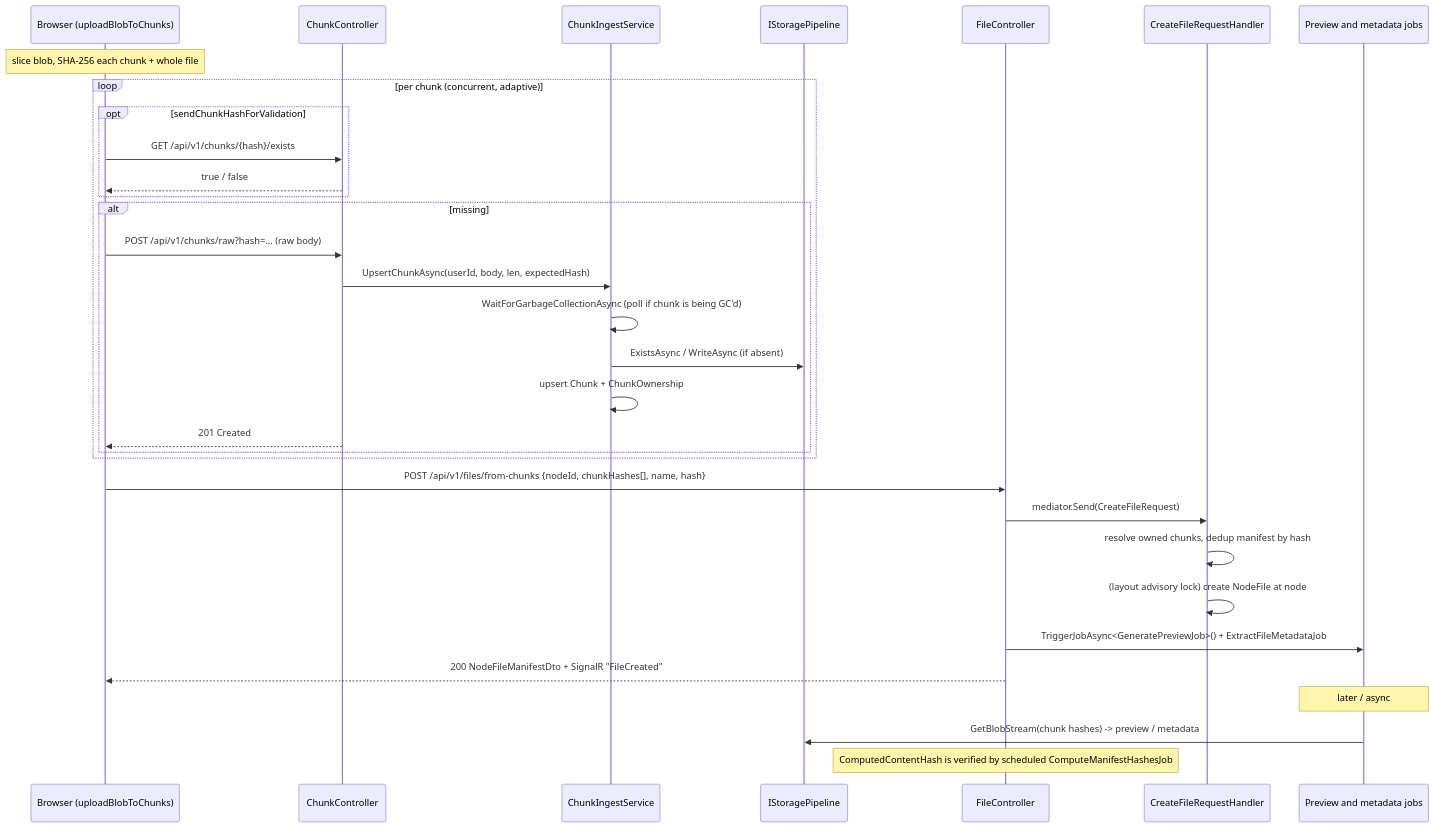
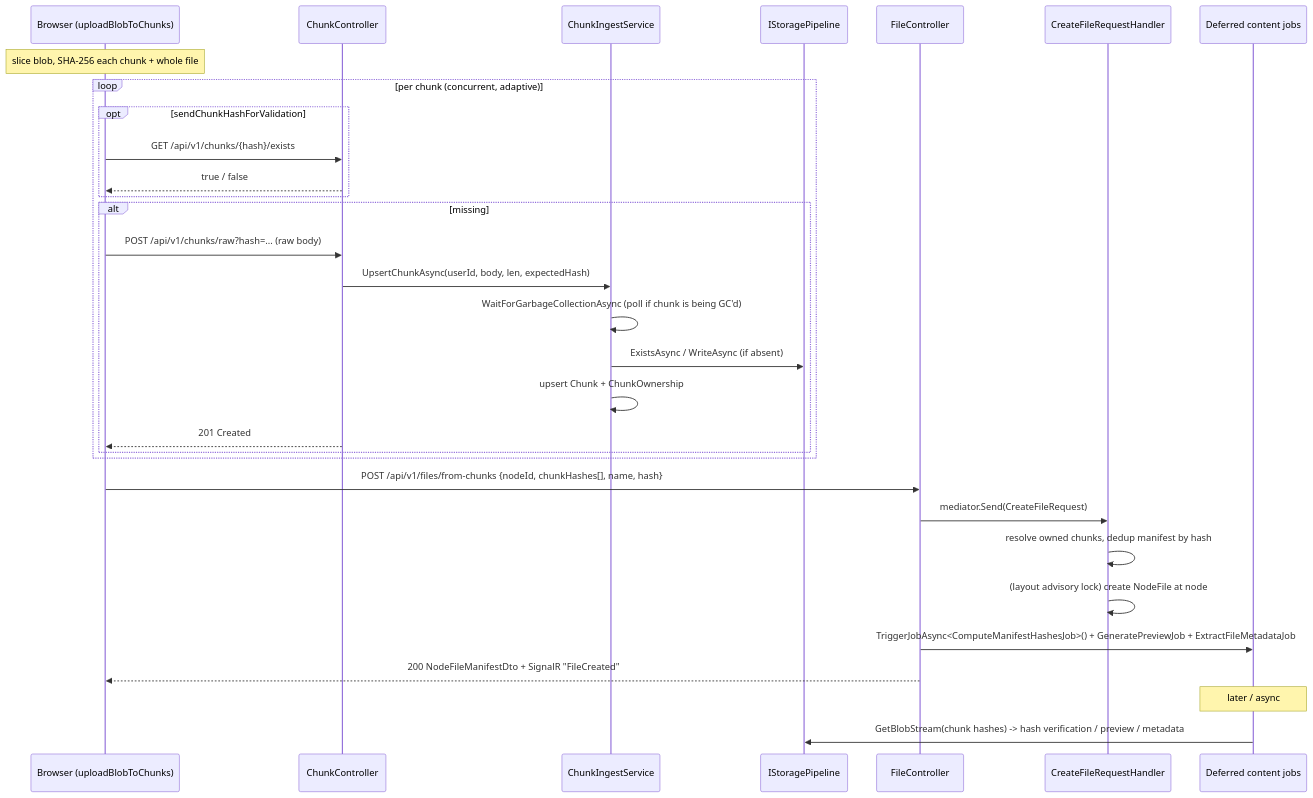
Before and after one commit to bvdcode/cotton: the first of 4 diagrams in docs/technical/09-upload-file-lifecycle.md, drawn with Mermaid. The commit also changed other lines of this file and 2 other files, not shown here.

Commit message:
docs: restore eager content job triggers

````diff
--- a/docs/technical/09-upload-file-lifecycle.md
+++ b/docs/technical/09-upload-file-lifecycle.md
@@ -14,35 +14,34 @@
 ```mermaid
 sequenceDiagram
     participant B as Browser (uploadBlobToChunks)
     participant CC as ChunkController
     participant CI as ChunkIngestService
     participant ST as IStoragePipeline
     participant FC as FileController
     participant H as CreateFileRequestHandler
-    participant J as Preview and metadata jobs
+    participant J as Deferred content jobs
 
     Note over B: slice blob, SHA-256 each chunk + whole file
     loop per chunk (concurrent, adaptive)
         opt sendChunkHashForValidation
             B->>CC: GET /api/v1/chunks/{hash}/exists
             CC-->>B: true / false
         end
         alt missing
             B->>CC: POST /api/v1/chunks/raw?hash=... (raw body)
             CC->>CI: UpsertChunkAsync(userId, body, len, expectedHash)
             CI->>CI: WaitForGarbageCollectionAsync (poll if chunk is being GC'd)
             CI->>ST: ExistsAsync / WriteAsync (if absent)
             CI->>CI: upsert Chunk + ChunkOwnership
             CC-->>B: 201 Created
         end
     end
     B->>FC: POST /api/v1/files/from-chunks {nodeId, chunkHashes[], name, hash}
     FC->>H: mediator.Send(CreateFileRequest)
     H->>H: resolve owned chunks, dedup manifest by hash
     H->>H: (layout advisory lock) create NodeFile at node
-    FC->>J: TriggerJobAsync<GeneratePreviewJob>() + ExtractFileMetadataJob
+    FC->>J: TriggerJobAsync<ComputeManifestHashesJob>() + GeneratePreviewJob + ExtractFileMetadataJob
     FC-->>B: 200 NodeFileManifestDto + SignalR "FileCreated"
     Note over J: later / async
-    J->>ST: GetBlobStream(chunk hashes) -> preview / metadata
-    Note over FC: ComputedContentHash is verified by scheduled ComputeManifestHashesJob
+    J->>ST: GetBlobStream(chunk hashes) -> hash verification / preview / metadata
 ```
````
